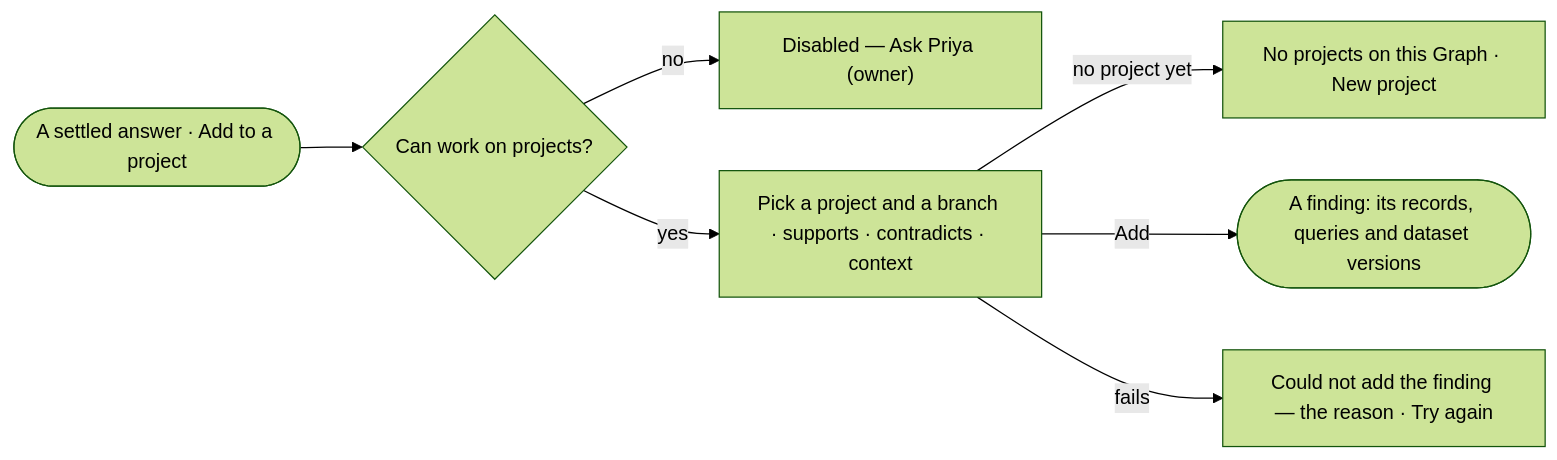
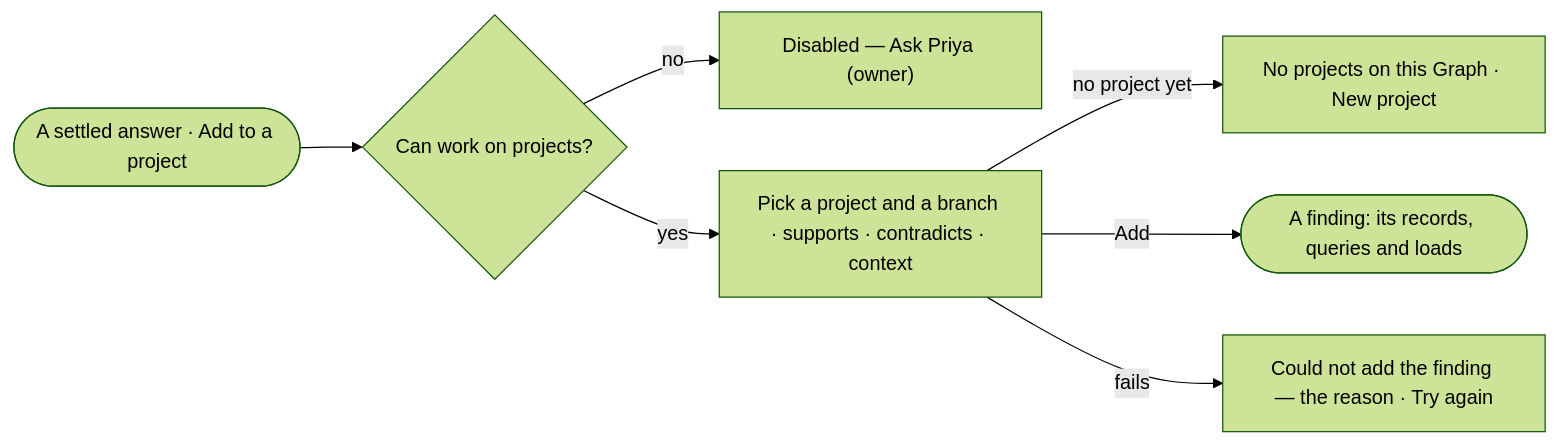
Before and after one commit to invana/invana: the diagram in specs/capabilities/explore/features/EX-F02-share-and-present-an-answer/stories/EX-12-add-an-answer-to-a-project/story.md, drawn with Mermaid (forest theme). The commit also changed other lines of this file and 637 other files, not shown here.

````diff
--- a/specs/capabilities/explore/features/EX-F02-share-and-present-an-answer/stories/EX-12-add-an-answer-to-a-project/story.md
+++ b/specs/capabilities/explore/features/EX-F02-share-and-present-an-answer/stories/EX-12-add-an-answer-to-a-project/story.md
@@ -26,9 +26,9 @@
 ```mermaid
 flowchart LR
   a([A settled answer · Add to a project]) --> g{Can work on projects?}
   g -->|no| n["Disabled — Ask Priya (owner)"]
   g -->|yes| p["Pick a project and a branch · supports · contradicts · context"]
   p -->|no project yet| e["No projects on this Graph · New project"]
-  p -->|Add| f(["A finding: its records, queries and dataset versions"])
+  p -->|Add| f(["A finding: its records, queries and loads"])
   p -->|fails| x["Could not add the finding — the reason · Try again"]
 ```
````
